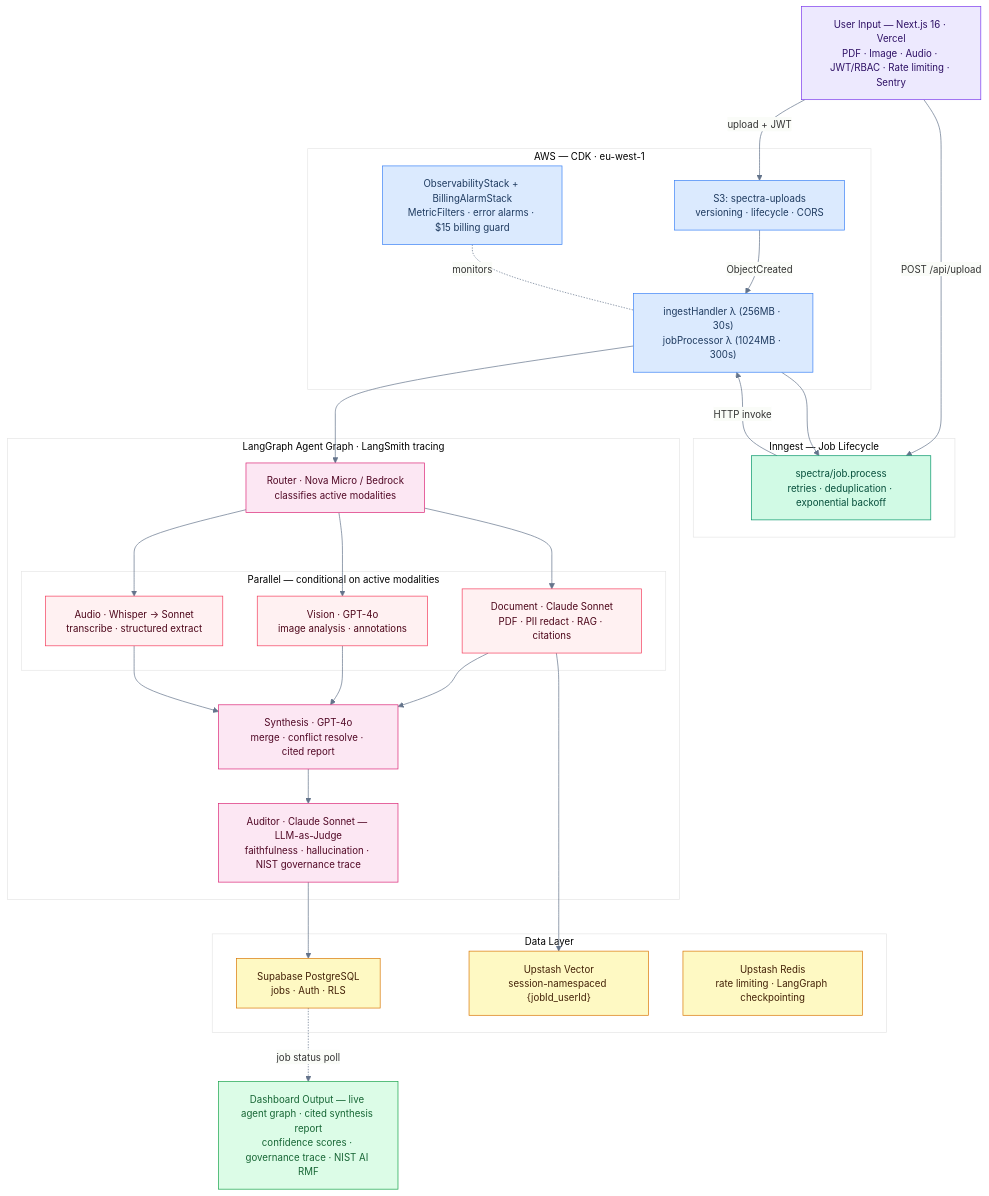
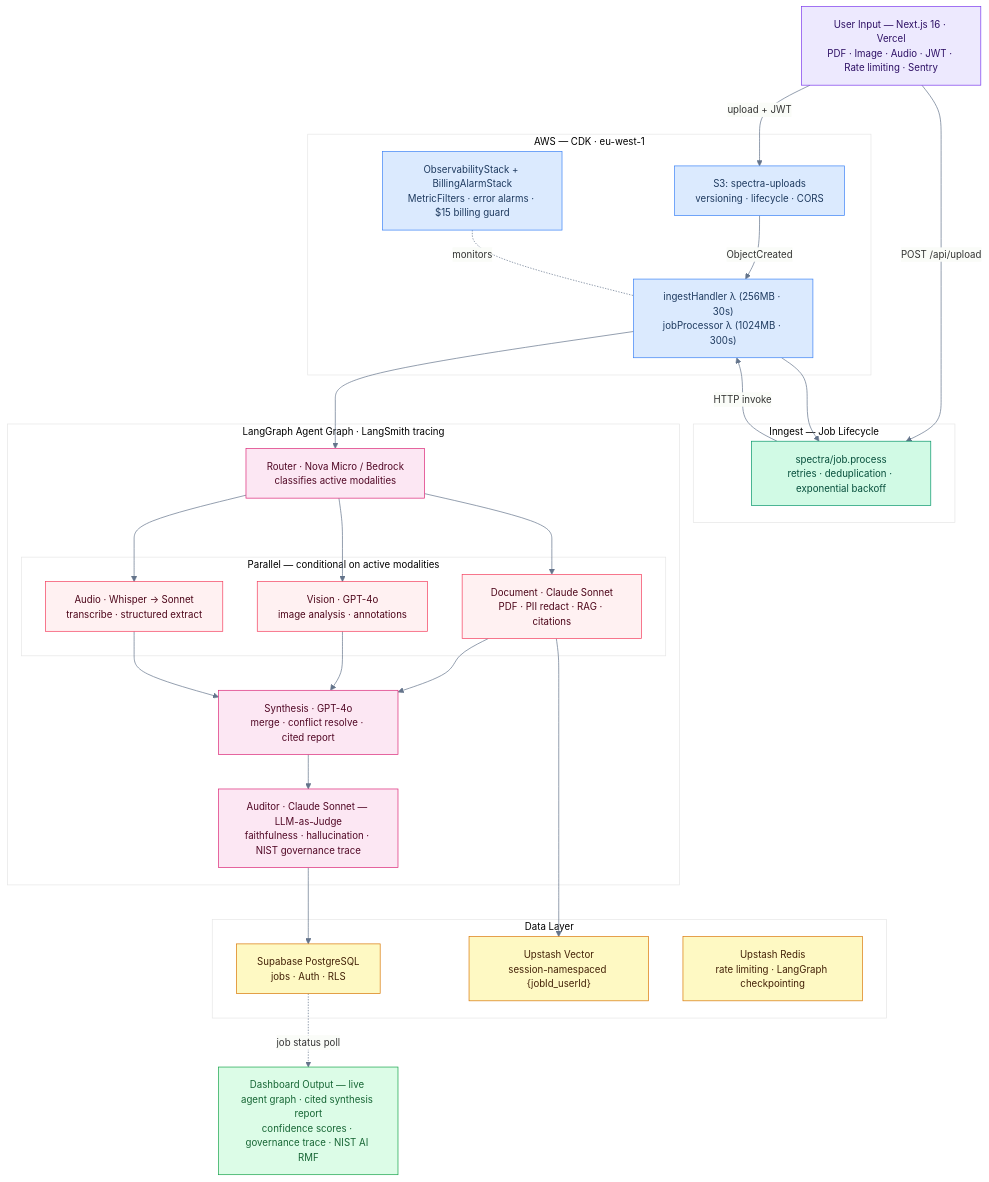
The first of 6 diagrams in docs/ARCHITECTURE_FLOWS.md (GeorgianaAI/spectra-ai), drawn with Mermaid before and after one commit. The commit also changed 6 other files, not shown here.

First line of the commit message:
docs: correct JWT/RBAC auth claim to JWT-only

````diff
--- a/docs/ARCHITECTURE_FLOWS.md
+++ b/docs/ARCHITECTURE_FLOWS.md
@@ -36,56 +36,56 @@
 ```mermaid
 %%{init: {'theme': 'base', 'themeVariables': {'primaryColor': '#f8fafc', 'primaryBorderColor': '#94a3b8', 'lineColor': '#64748b', 'fontSize': '14px'}}}%%
 flowchart TD
     classDef ui     fill:#ede9fe,stroke:#7c3aed,color:#2e1065
     classDef job    fill:#d1fae5,stroke:#059669,color:#064e3b
     classDef aws    fill:#dbeafe,stroke:#3b82f6,color:#1e3a5f
     classDef agent  fill:#fce7f3,stroke:#db2777,color:#500724
     classDef para   fill:#fff1f2,stroke:#f43f5e,color:#4c0519
     classDef data   fill:#fef9c3,stroke:#d97706,color:#422006
     classDef out    fill:#dcfce7,stroke:#16a34a,color:#166534
 
-    USER["User Input — Next.js 16 · Vercel\nPDF · Image · Audio · JWT/RBAC · Rate limiting · Sentry"]:::ui
+    USER["User Input — Next.js 16 · Vercel\nPDF · Image · Audio · JWT · Rate limiting · Sentry"]:::ui
 
     subgraph JOBS ["Inngest — Job Lifecycle"]
         INN["spectra/job.process\nretries · deduplication · exponential backoff"]:::job
     end
 
     subgraph INFRA ["AWS — CDK · eu-west-1"]
         S3["S3: spectra-uploads\nversioning · lifecycle · CORS"]:::aws
         LMB["ingestHandler λ (256MB · 30s)\njobProcessor λ (1024MB · 300s)"]:::aws
         MON["ObservabilityStack + BillingAlarmStack\nMetricFilters · error alarms · $15 billing guard"]:::aws
     end
 
     subgraph GRAPH ["LangGraph Agent Graph · LangSmith tracing"]
         ROUTER["Router · Nova Micro / Bedrock\nclassifies active modalities"]:::agent
         subgraph PAR ["Parallel — conditional on active modalities"]
             DOC["Document · Claude Sonnet\nPDF · PII redact · RAG · citations"]:::para
             VIS["Vision · GPT-4o\nimage analysis · annotations"]:::para
             AUD["Audio · Whisper → Sonnet\ntranscribe · structured extract"]:::para
         end
         SYN["Synthesis · GPT-4o\nmerge · conflict resolve · cited report"]:::agent
         AUDIT["Auditor · Claude Sonnet — LLM-as-Judge\nfaithfulness · hallucination · NIST governance trace"]:::agent
     end
 
     subgraph DATA ["Data Layer"]
         DB["Supabase PostgreSQL\njobs · Auth · RLS"]:::data
         VEC["Upstash Vector\nsession-namespaced {jobId_userId}"]:::data
         RDB["Upstash Redis\nrate limiting · LangGraph checkpointing"]:::data
     end
 
     DASH["Dashboard Output — live agent graph · cited synthesis report\nconfidence scores · governance trace · NIST AI RMF"]:::out
 
     USER -->|"upload + JWT"| S3
     USER -->|"POST /api/upload"| INN
     S3 -->|ObjectCreated| LMB
     LMB --> INN
     INN -->|"HTTP invoke"| LMB
     LMB --> ROUTER
     ROUTER --> DOC & VIS & AUD
     DOC --> VEC
     DOC & VIS & AUD --> SYN
     SYN --> AUDIT
     AUDIT --> DB
     MON -.-|monitors| LMB
     DB -.->|"job status poll"| DASH
 ```
````
